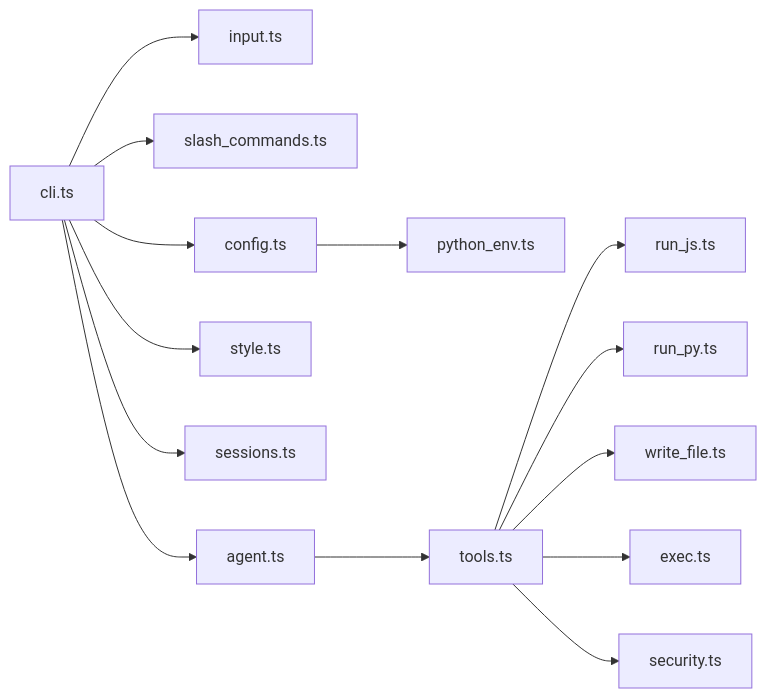
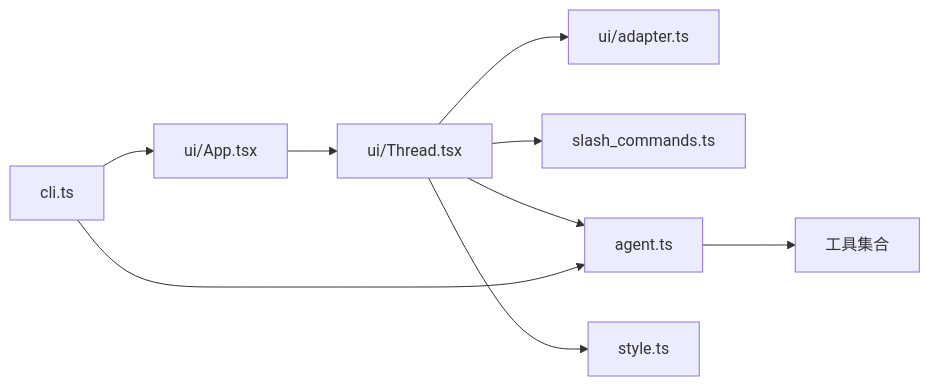
The third of 3 diagrams in .qoder/repowiki/zh/content/CLI 界面.md (HAOFUYANG/onion-code), drawn with Mermaid before and after one commit. The commit also changed other lines of this file and 41 other files, not shown here.

````diff
--- a/.qoder/repowiki/zh/content/CLI 界面.md
+++ b/.qoder/repowiki/zh/content/CLI 界面.md
@@ -241,16 +204,11 @@
 ```mermaid
 graph LR
-CLI["cli.ts"] --> INPUT["input.ts"]
-CLI --> SLASH["slash_commands.ts"]
-CLI --> AGENT["agent.ts"]
-CLI --> STYLE["style.ts"]
-CLI --> SESSIONS["sessions.ts"]
-CLI --> CONFIG["config.ts"]
-CONFIG --> PYENV["python_env.ts"]
-AGENT --> TOOLS["tools.ts"]
-TOOLS --> RUNJS["run_js.ts"]
-TOOLS --> RUNPY["run_py.ts"]
-TOOLS --> WRITEFILE["write_file.ts"]
-TOOLS --> EXEC["exec.ts"]
-TOOLS --> SECURITY["security.ts"]
+CLI["cli.ts"] --> APP["ui/App.tsx"]
+APP --> THREAD["ui/Thread.tsx"]
+THREAD --> ADAPTER["ui/adapter.ts"]
+THREAD --> SLASH["slash_commands.ts"]
+THREAD --> AGENT["agent.ts"]
+THREAD --> STYLE["style.ts"]
+CLI --> AGENT
+AGENT --> TOOLS["工具集合"]
 ```
````
